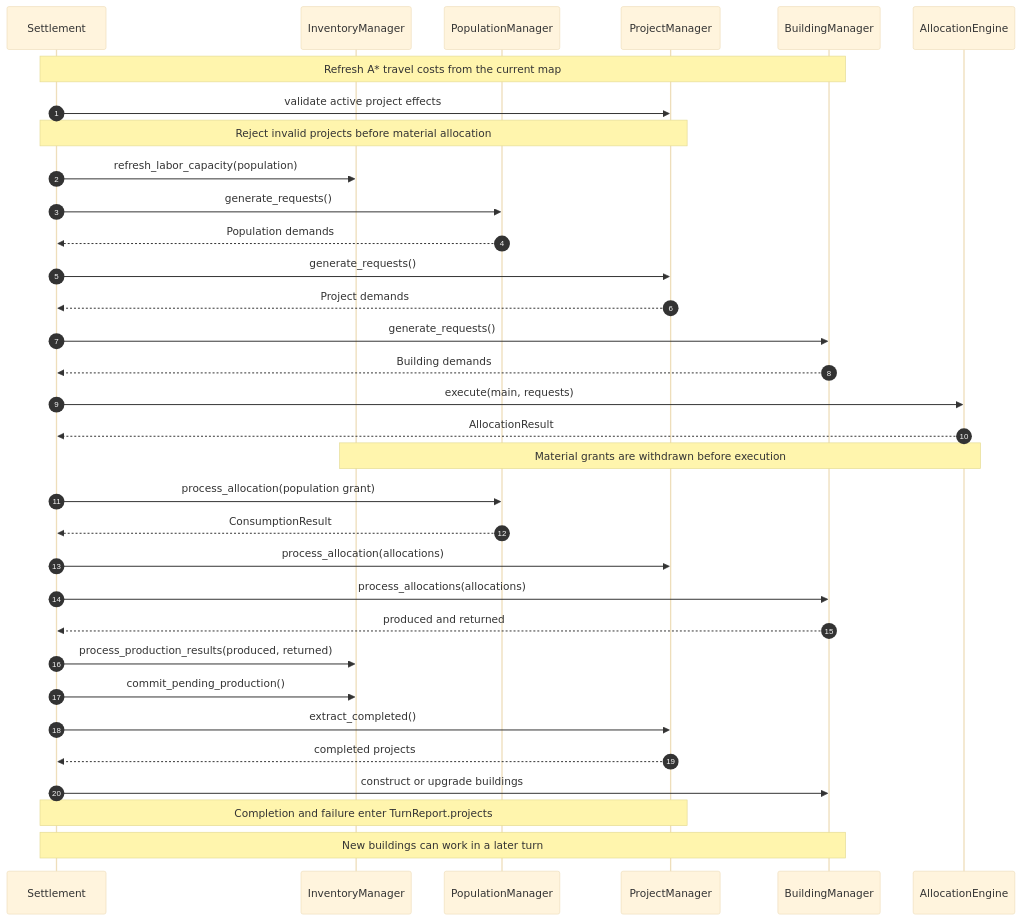
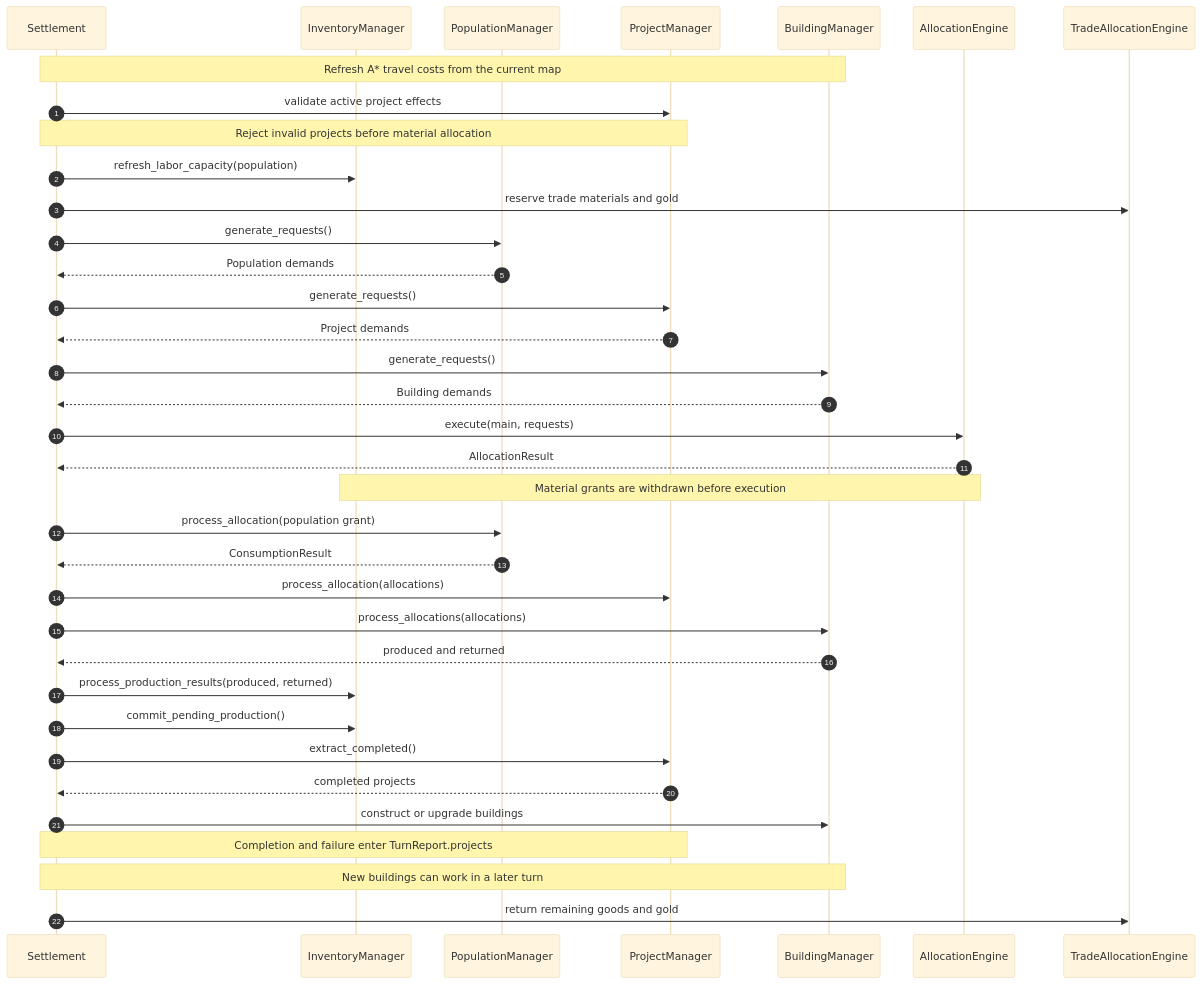
The second of 2 diagrams in docs/architecture/settlements.md (KMaksymilian/marl-grand-strategy-game), drawn with Mermaid (base theme) before and after one commit. The commit also changed other lines of this file and 43 other files, not shown here.

````diff
--- a/docs/architecture/settlements.md
+++ b/docs/architecture/settlements.md
@@ -87,35 +93,38 @@
 ```mermaid
 sequenceDiagram
     autonumber
     participant S as Settlement
     participant I as InventoryManager
     participant P as PopulationManager
     participant Q as ProjectManager
     participant B as BuildingManager
     participant A as AllocationEngine
+    participant T as TradeAllocationEngine
     Note over S,B: Refresh A* travel costs from the current map
     S->>Q: validate active project effects
     Note over S,Q: Reject invalid projects before material allocation
     S->>I: refresh_labor_capacity(population)
+    S->>T: reserve trade materials and gold
     S->>P: generate_requests()
     P-->>S: Population demands
     S->>Q: generate_requests()
     Q-->>S: Project demands
     S->>B: generate_requests()
     B-->>S: Building demands
     S->>A: execute(main, requests)
     A-->>S: AllocationResult
     Note over A,I: Material grants are withdrawn before execution
     S->>P: process_allocation(population grant)
     P-->>S: ConsumptionResult
     S->>Q: process_allocation(allocations)
     S->>B: process_allocations(allocations)
     B-->>S: produced and returned
     S->>I: process_production_results(produced, returned)
     S->>I: commit_pending_production()
     S->>Q: extract_completed()
     Q-->>S: completed projects
     S->>B: construct or upgrade buildings
     Note over S,Q: Completion and failure enter TurnReport.projects
     Note over S,B: New buildings can work in a later turn
+    S->>T: return remaining goods and gold
 ```
````
